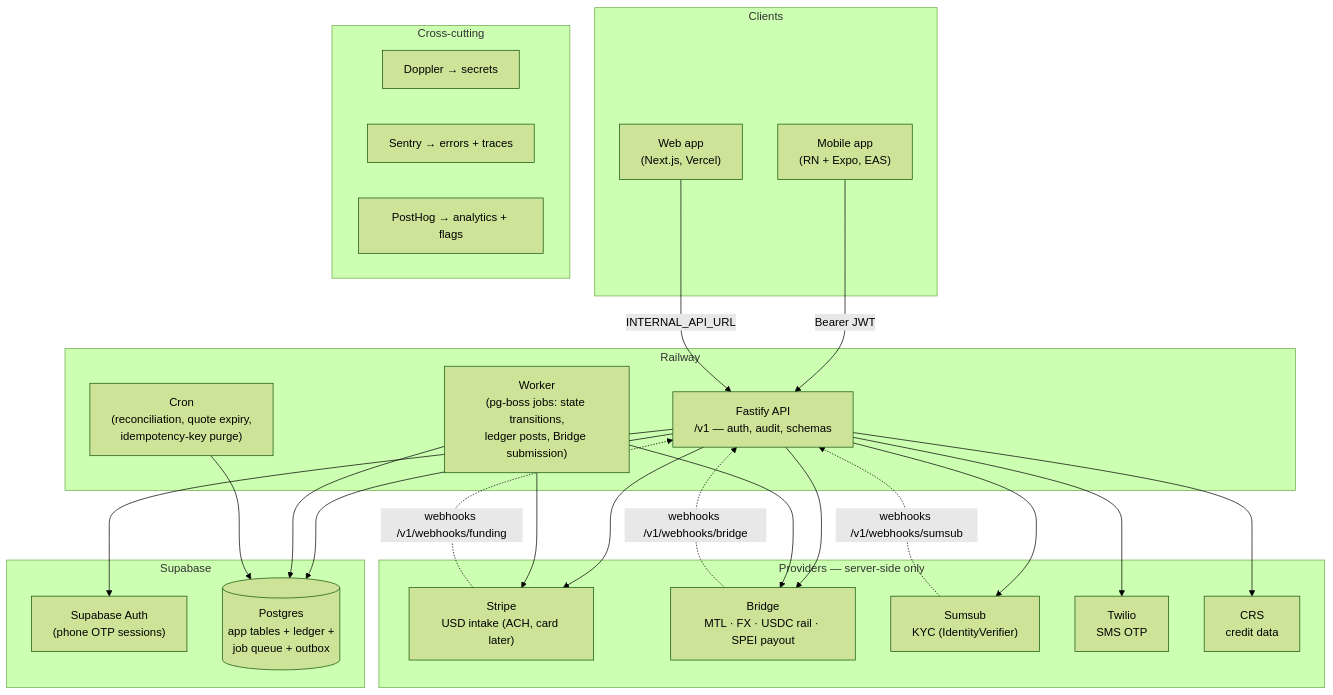
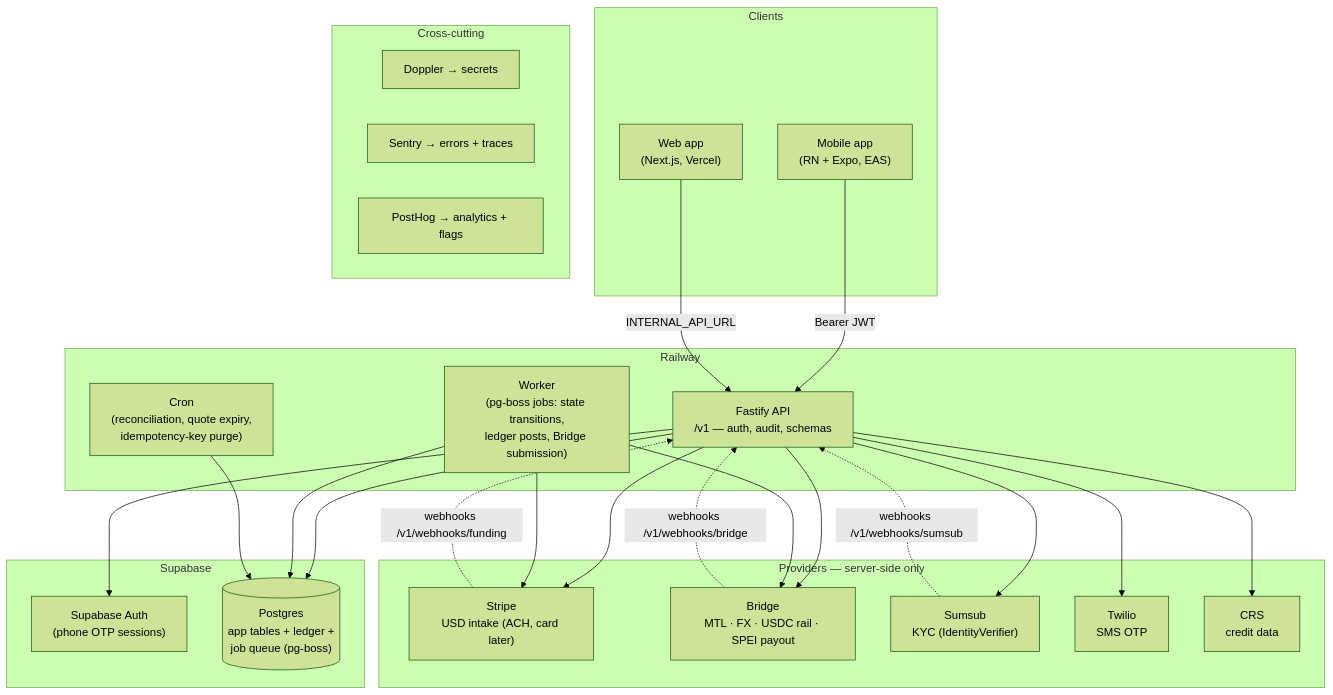
One commit to PuenteFinancial/PuenteApp changed the diagram in docs/architecture.md. Above: the diagram before and after it, drawn with Mermaid (forest theme). The commit also changed other lines of this file and 23 other files, not shown here.

````diff
--- a/docs/architecture.md
+++ b/docs/architecture.md
@@ -14,47 +14,47 @@
 ```mermaid
 flowchart TB
     subgraph clients [Clients]
         mobile["Mobile app<br/>(RN + Expo, EAS)"]
         web["Web app<br/>(Next.js, Vercel)"]
     end
 
     subgraph railway [Railway]
         api["Fastify API<br/>/v1 — auth, audit, schemas"]
         worker["Worker<br/>(pg-boss jobs: state transitions,<br/>ledger posts, Bridge submission)"]
         cron["Cron<br/>(reconciliation, quote expiry,<br/>idempotency-key purge)"]
     end
 
     subgraph supabase [Supabase]
         auth["Supabase Auth<br/>(phone OTP sessions)"]
-        pg[("Postgres<br/>app tables + ledger +<br/>job queue + outbox")]
+        pg[("Postgres<br/>app tables + ledger +<br/>job queue (pg-boss)")]
     end
 
     subgraph providers [Providers — server-side only]
         stripe["Stripe<br/>USD intake (ACH, card later)"]
         bridge["Bridge<br/>MTL · FX · USDC rail · SPEI payout"]
         sumsub["Sumsub<br/>KYC (IdentityVerifier)"]
         twilio["Twilio<br/>SMS OTP"]
         crs["CRS<br/>credit data"]
     end
 
     subgraph observability [Cross-cutting]
         doppler["Doppler → secrets"]
         sentry["Sentry → errors + traces"]
         posthog["PostHog → analytics + flags"]
     end
 
     mobile -->|Bearer JWT| api
     web -->|INTERNAL_API_URL| api
     api --> auth
     api --> pg
     worker --> pg
     cron --> pg
     api & worker --> stripe
     api & worker --> bridge
     api --> sumsub
     api --> twilio
     api --> crs
     stripe -.->|webhooks /v1/webhooks/funding| api
     bridge -.->|webhooks /v1/webhooks/bridge| api
     sumsub -.->|webhooks /v1/webhooks/sumsub| api
 ```
````
